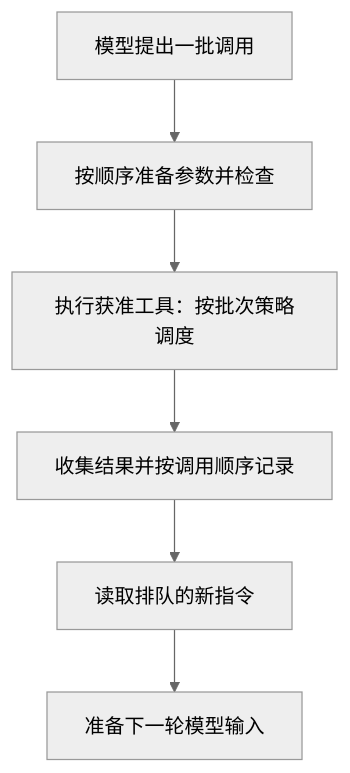
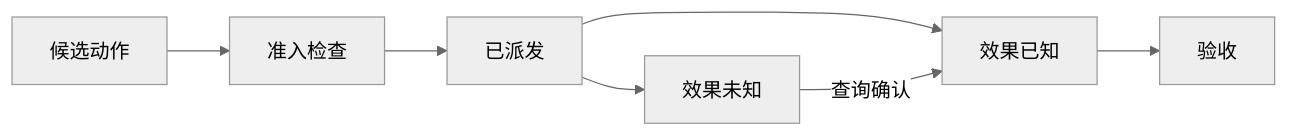
Before and after one commit to Mar-garet/agent-book: the diagram in book/12-action-boundaries.md, drawn with Mermaid (neutral theme). The commit also changed other lines of this file and 47 other files, not shown here.

````diff
--- a/book/12-action-boundaries.md
+++ b/book/12-action-boundaries.md
@@ -59,9 +55,10 @@
 ```mermaid
-%% Pi：新指令在什么位置进入执行循环
-flowchart TD
-    A[模型提出一批调用] --> B[按顺序准备参数并检查]
-    B --> C[执行获准工具：按批次策略调度]
-    C --> D[收集结果并按调用顺序记录]
-    D --> E[读取排队的新指令]
-    E --> F[准备下一轮模型输入]
+%% 暂停与超时都要落回已掌握的证据
+flowchart LR
+    A[候选动作] --> B[准入检查]
+    B --> C[已派发]
+    C --> D[效果未知]
+    C --> E[效果已知]
+    D -->|查询确认| E
+    E --> F[验收]
 ```
````
